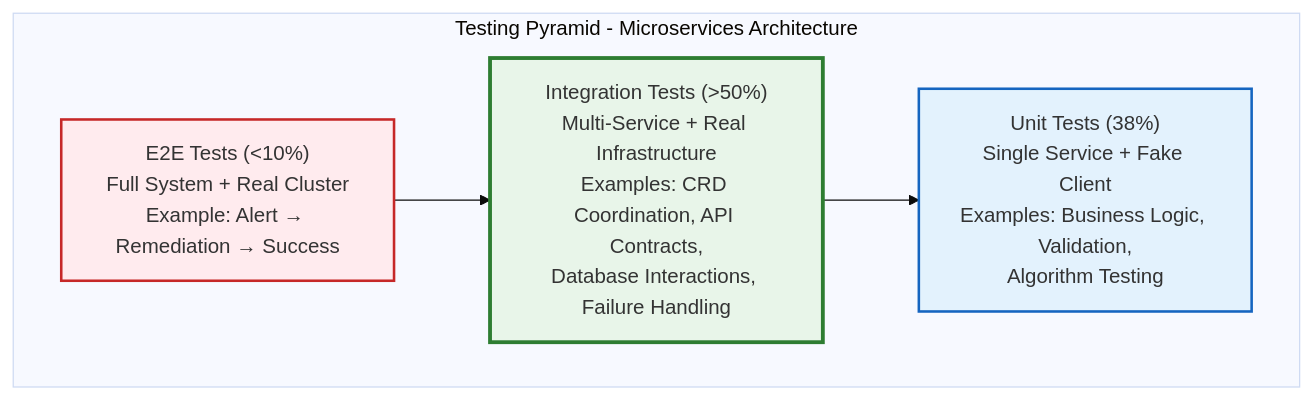
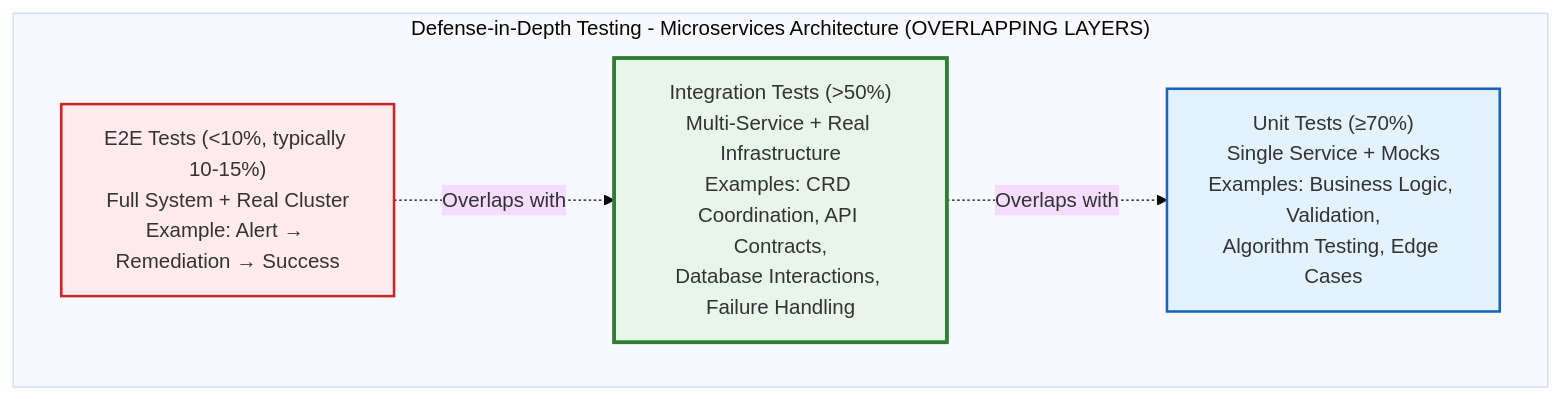
The diagram in docs/architecture/decisions/ADR-005-integration-test-coverage.md (jordigilh/kubernaut), drawn with Mermaid (base theme) before and after one commit. The commit also changed other lines of this file and 7 other files, not shown here.

First line of the commit message:
docs(architecture): add new DDs and update existing ADRs

````diff
--- a/docs/architecture/decisions/ADR-005-integration-test-coverage.md
+++ b/docs/architecture/decisions/ADR-005-integration-test-coverage.md
@@ -104,15 +160,15 @@
 ```mermaid
 graph TB
-    subgraph "Testing Pyramid - Microservices Architecture"
-        E2E["E2E Tests (<10%)<br/>Full System + Real Cluster<br/>Example: Alert → Remediation → Success"]
+    subgraph "Defense-in-Depth Testing - Microservices Architecture (OVERLAPPING LAYERS)"
+        E2E["E2E Tests (<10%, typically 10-15%)<br/>Full System + Real Cluster<br/>Example: Alert → Remediation → Success"]
         INT["Integration Tests (>50%)<br/>Multi-Service + Real Infrastructure<br/>Examples: CRD Coordination, API Contracts,<br/>Database Interactions, Failure Handling"]
-        UNIT["Unit Tests (38%)<br/>Single Service + Fake Client<br/>Examples: Business Logic, Validation,<br/>Algorithm Testing"]
+        UNIT["Unit Tests (≥70%)<br/>Single Service + Mocks<br/>Examples: Business Logic, Validation,<br/>Algorithm Testing, Edge Cases"]
     end
 
-    E2E --> INT
-    INT --> UNIT
+    E2E -.->|"Overlaps with"| INT
+    INT -.->|"Overlaps with"| UNIT
 
     style E2E fill:#ffebee,stroke:#c62828,stroke-width:2px
     style INT fill:#e8f5e9,stroke:#2e7d32,stroke-width:3px
     style UNIT fill:#e3f2fd,stroke:#1565c0,stroke-width:2px
 ```
````
